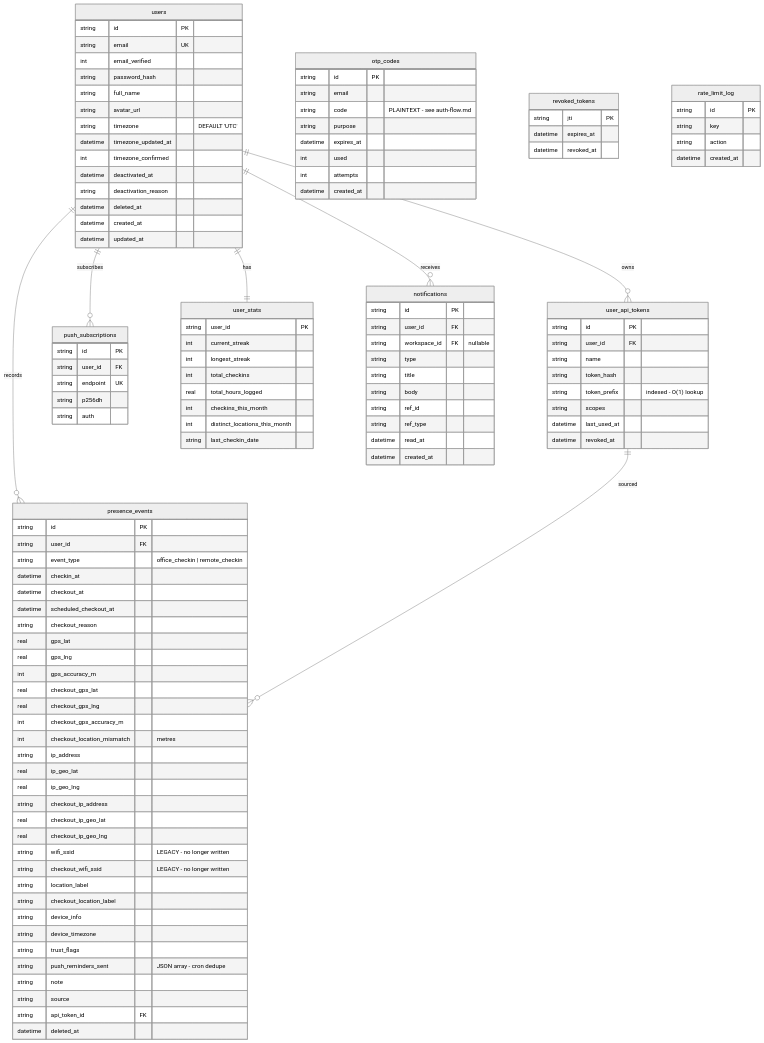
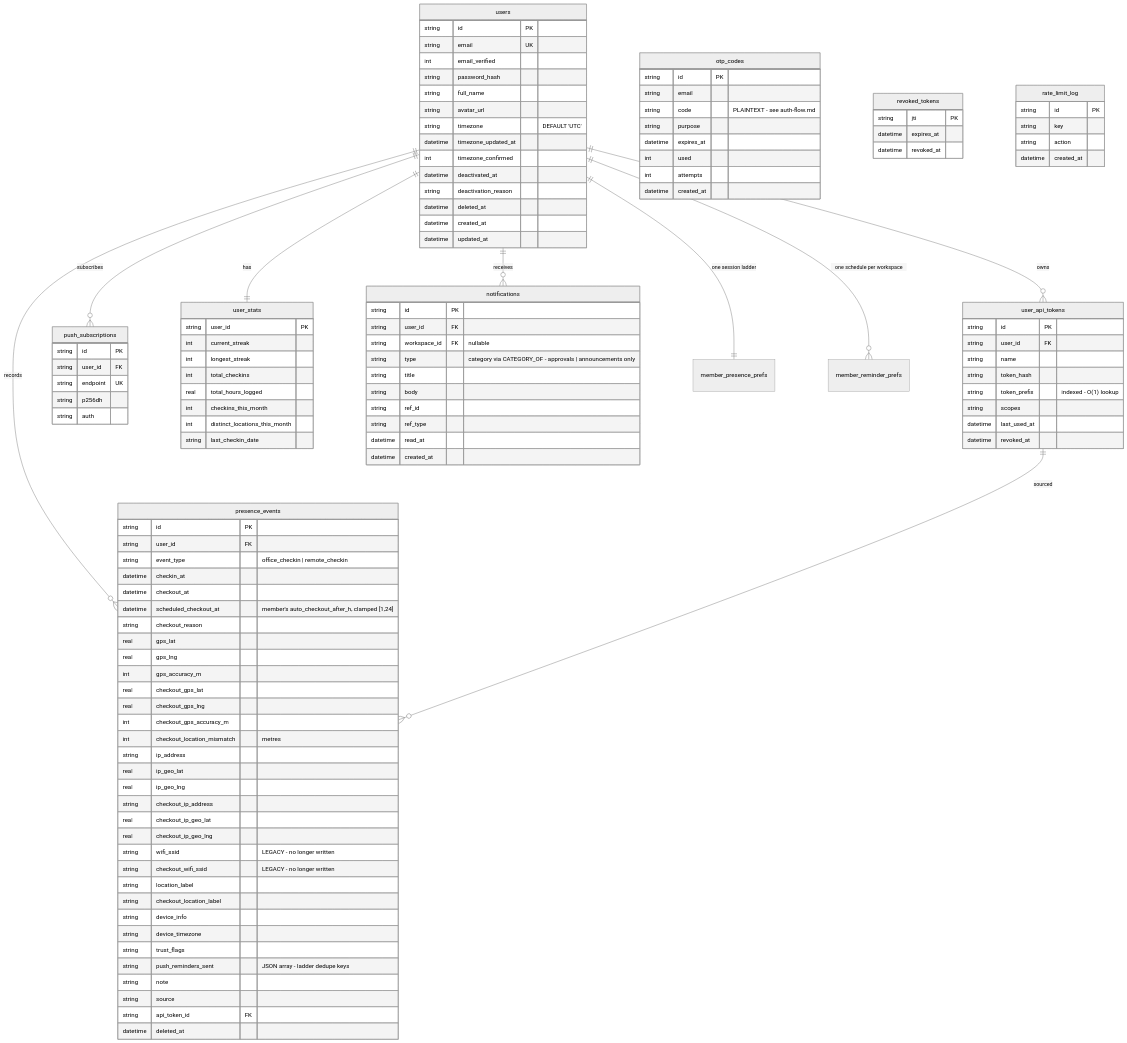
The third of 6 diagrams in docs/architecture/HLD.md (ksharma20/checkmark), drawn with Mermaid (neutral theme) before and after one commit. The commit also changed other lines of this file and 55 other files, not shown here.

Commit message:
feat: make reminders and session ladder member-configured schedules

````diff
--- a/docs/architecture/HLD.md
+++ b/docs/architecture/HLD.md
@@ -180,7 +183,7 @@
     string event_type "office_checkin | remote_checkin"
     datetime checkin_at
     datetime checkout_at
-    datetime scheduled_checkout_at
+    datetime scheduled_checkout_at "member's auto_checkout_after_h, clamped [1,24]"
     string checkout_reason
     real gps_lat
     real gps_lng
@@ -202,7 +205,7 @@
     string device_info
     string device_timezone
     string trust_flags
-    string push_reminders_sent "JSON array - cron dedupe"
+    string push_reminders_sent "JSON array - ladder dedupe keys"
     string note
     string source
     string api_token_id FK
@@ -213,7 +216,7 @@
     string id PK
     string user_id FK
     string workspace_id FK "nullable"
-    string type
+    string type "category via CATEGORY_OF - approvals | announcements only"
     string title
     string body
     string ref_id
@@ -227,5 +230,7 @@
   users ||--|| user_stats : has
   users ||--o{ push_subscriptions : subscribes
   users ||--o{ notifications : receives
+  users ||--|| member_presence_prefs : "one session ladder"
+  users ||--o{ member_reminder_prefs : "one schedule per workspace"
   user_api_tokens ||--o{ presence_events : "sourced"
 ```
````
